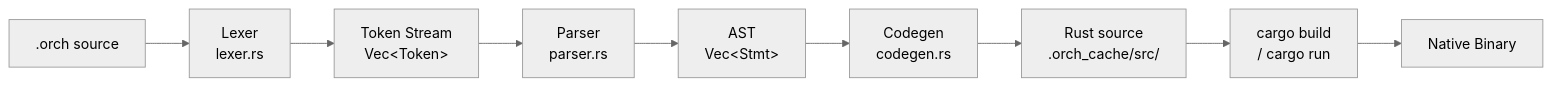
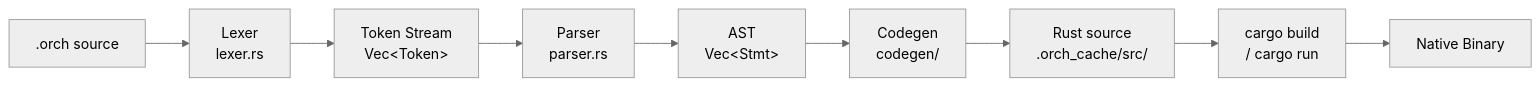
One commit to Immanuel-Fowler/OrchestrateLang changed the diagram in docs/language-reference.md. Above: the diagram before and after it, drawn with Mermaid (neutral theme). The commit also changed other lines of this file and 7 other files, not shown here.

````diff
--- a/docs/language-reference.md
+++ b/docs/language-reference.md
@@ -1200,11 +1200,11 @@
 ```mermaid
 graph LR
     A[".orch source"] --> B["Lexer\nlexer.rs"]
     B --> C["Token Stream\nVec&lt;Token&gt;"]
     C --> D["Parser\nparser.rs"]
     D --> E["AST\nVec&lt;Stmt&gt;"]
-    E --> F["Codegen\ncodegen.rs"]
+    E --> F["Codegen\ncodegen/"]
     F --> G["Rust source\n.orch_cache/src/"]
     G --> H["cargo build\n/ cargo run"]
     H --> I["Native Binary"]
 ```
````
